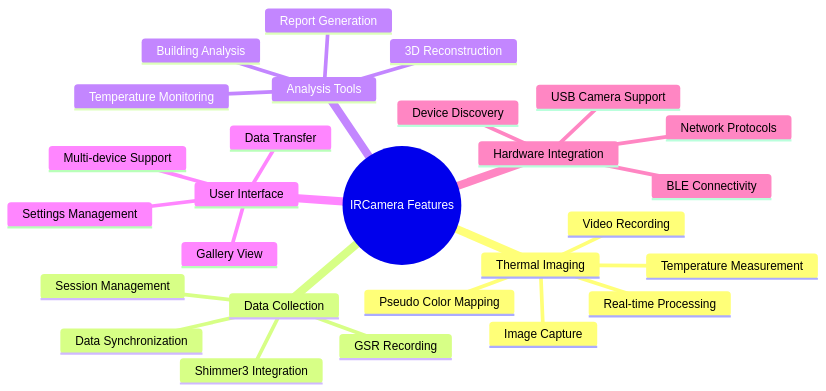
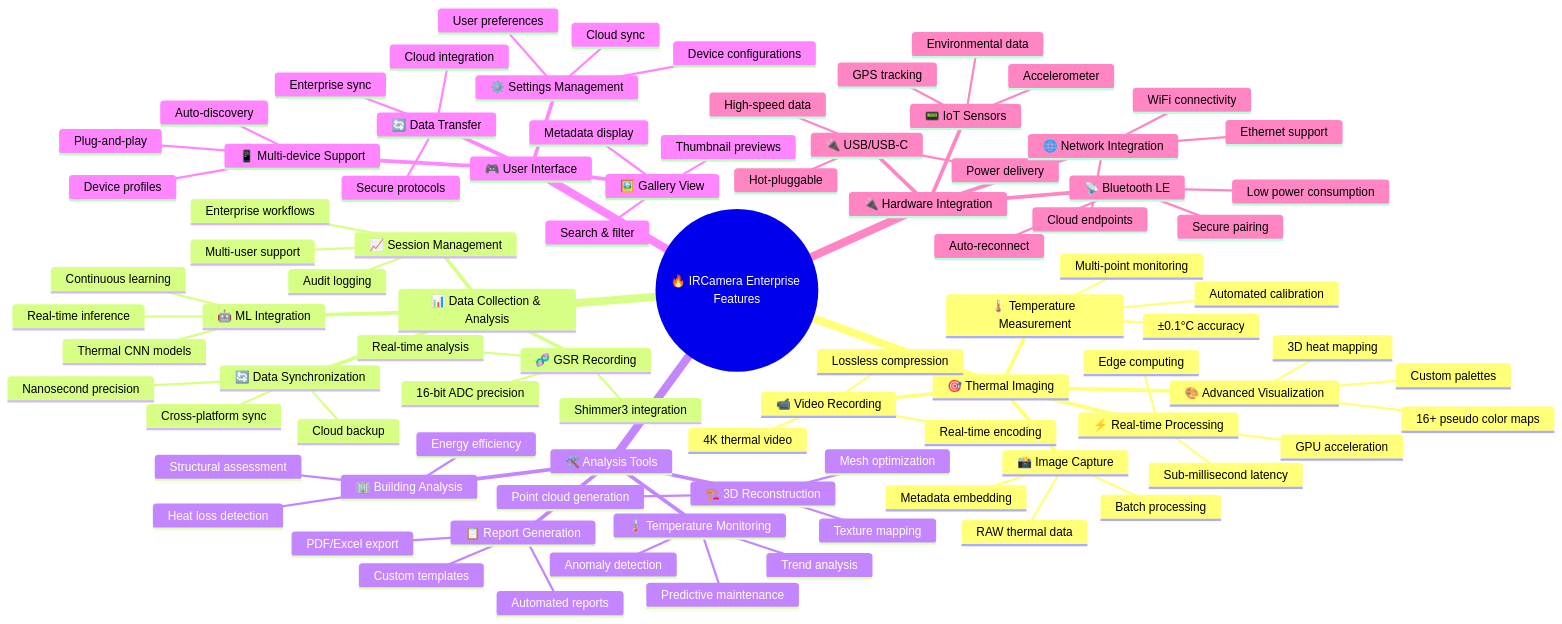
One commit to buccancs/MPDC4GSR changed the eighth of 13 diagrams in README.md. Above: the diagram before and after it, drawn with Mermaid. The commit also changed other lines of this file, not shown here.

Commit message:
feat: Update README with comprehensive enterprise documentation enhancements

````diff
--- a/README.md
+++ b/README.md
@@ -476,30 +553,97 @@
 ```mermaid
 mindmap
-  root((IRCamera Features))
-    Thermal Imaging
-      Real-time Processing
-      Temperature Measurement
-      Pseudo Color Mapping
-      Video Recording
-      Image Capture
-    Data Collection
-      GSR Recording
-      Shimmer3 Integration
-      Data Synchronization
-      Session Management
-    Analysis Tools
-      3D Reconstruction
-      Building Analysis
-      Temperature Monitoring
-      Report Generation
-    User Interface
-      Multi-device Support
-      Settings Management
-      Gallery View
-      Data Transfer
-    Hardware Integration
-      BLE Connectivity
-      USB Camera Support
-      Network Protocols
-      Device Discovery
+  root((🔥 IRCamera Enterprise Features))
+    🎯 Thermal Imaging
+      ⚡ Real-time Processing
+        Sub-millisecond latency
+        Edge computing
+        GPU acceleration
+      🌡️ Temperature Measurement
+        ±0.1°C accuracy
+        Multi-point monitoring
+        Automated calibration
+      🎨 Advanced Visualization
+        16+ pseudo color maps
+        Custom palettes
+        3D heat mapping
+      📹 Video Recording
+        4K thermal video
+        Lossless compression
+        Real-time encoding
+      📸 Image Capture
+        RAW thermal data
+        Metadata embedding
+        Batch processing
+    
+    📊 Data Collection & Analysis
+      🧬 GSR Recording
+        Shimmer3 integration
+        16-bit ADC precision
+        Real-time analysis
+      🔄 Data Synchronization
+        Nanosecond precision
+        Cross-platform sync
+        Cloud backup
+      📈 Session Management
+        Enterprise workflows
+        Multi-user support
+        Audit logging
+      🤖 ML Integration
+        Thermal CNN models
+        Real-time inference
+        Continuous learning
+    
+    🛠️ Analysis Tools
+      🏗️ 3D Reconstruction
+        Point cloud generation
+        Mesh optimization
+        Texture mapping
+      🏢 Building Analysis
+        Energy efficiency
+        Heat loss detection
+        Structural assessment
+      🌡️ Temperature Monitoring
+        Trend analysis
+        Anomaly detection
+        Predictive maintenance
+      📋 Report Generation
+        Automated reports
+        Custom templates
+        PDF/Excel export
+    
+    🎮 User Interface
+      📱 Multi-device Support
+        Auto-discovery
+        Plug-and-play
+        Device profiles
+      ⚙️ Settings Management
+        User preferences
+        Device configurations
+        Cloud sync
+      🖼️ Gallery View
+        Thumbnail previews
+        Metadata display
+        Search & filter
+      🔄 Data Transfer
+        Enterprise sync
+        Cloud integration
+        Secure protocols
+    
+    🔌 Hardware Integration
+      📡 Bluetooth LE
+        Low power consumption
+        Secure pairing
+        Auto-reconnect
+      🔌 USB/USB-C
+        High-speed data
+        Power delivery
+        Hot-pluggable
+      🌐 Network Integration
+        WiFi connectivity
+        Ethernet support
+        Cloud endpoints
+      📟 IoT Sensors
+        Environmental data
+        GPS tracking
+        Accelerometer
 ```
````
